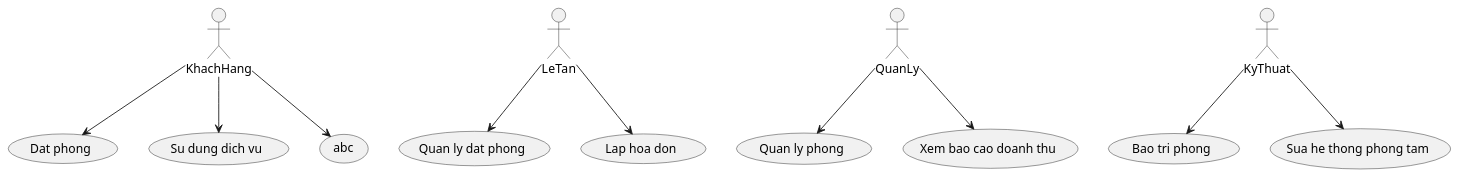
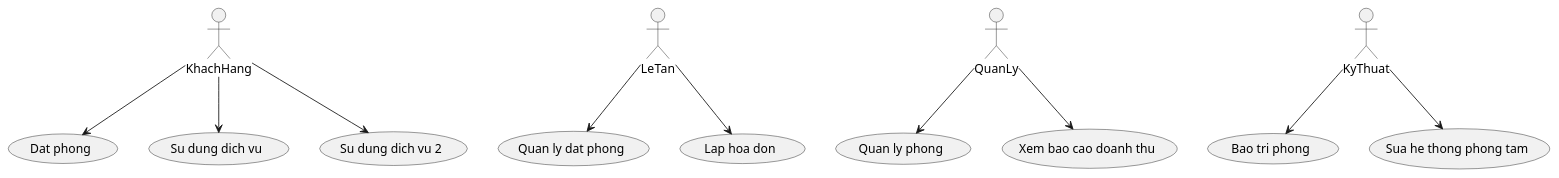
The diagram in uml/usecase.puml (thuyle382382-cmyk/HOTEL), drawn with PlantUML before and after one commit.

```diff
--- a/uml/usecase.puml
+++ b/uml/usecase.puml
@@ -1,20 +1,20 @@
 @startuml
 actor KhachHang
 actor LeTan
 actor QuanLy
 actor KyThuat
 
 KhachHang --> (Dat phong)
 KhachHang --> (Su dung dich vu)
-KhachHang --> (abc)
+KhachHang --> (Su dung dich vu 2)
 
 LeTan --> (Quan ly dat phong)
 LeTan --> (Lap hoa don)
 
 QuanLy --> (Quan ly phong)
 QuanLy --> (Xem bao cao doanh thu)
 
 KyThuat --> (Bao tri phong)
 KyThuat --> (Sua he thong phong tam)
 
 @enduml
```
